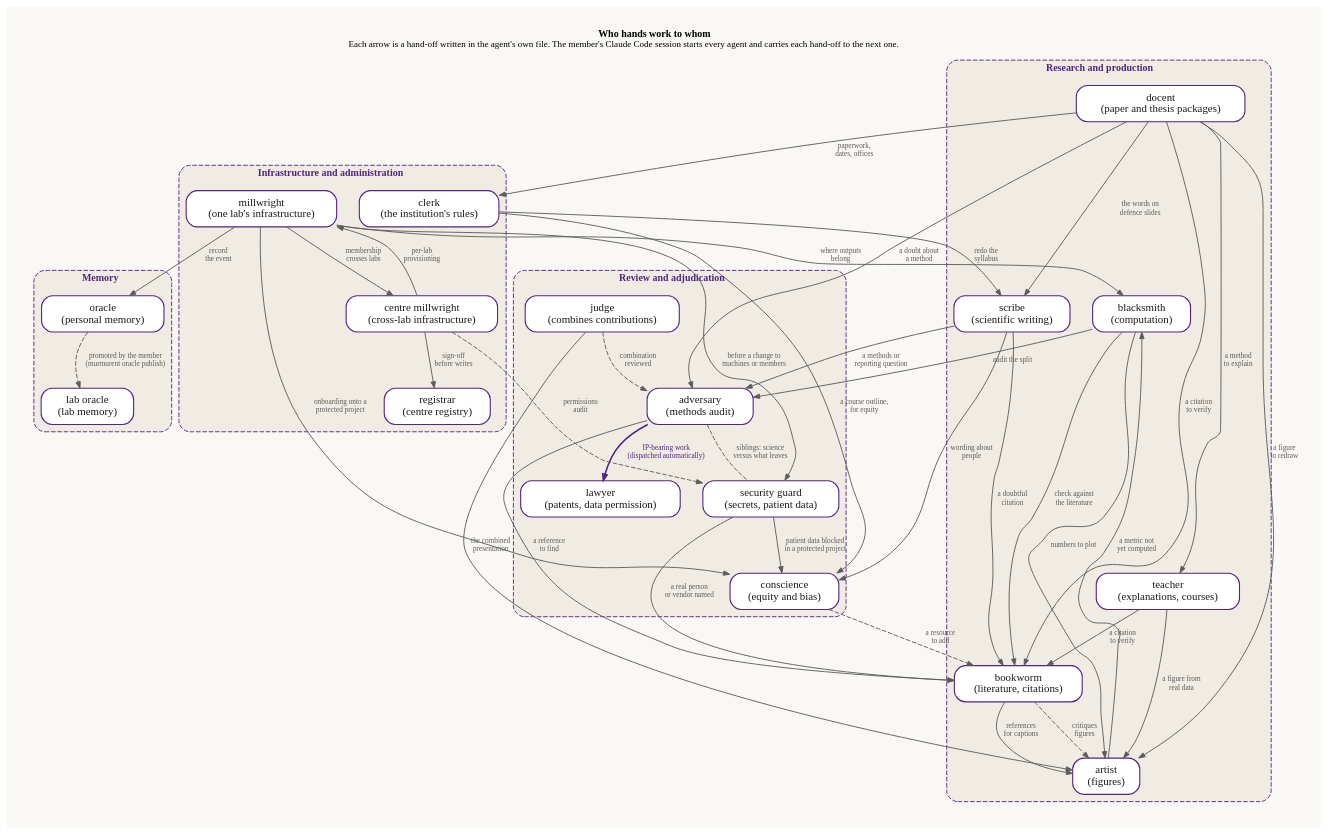
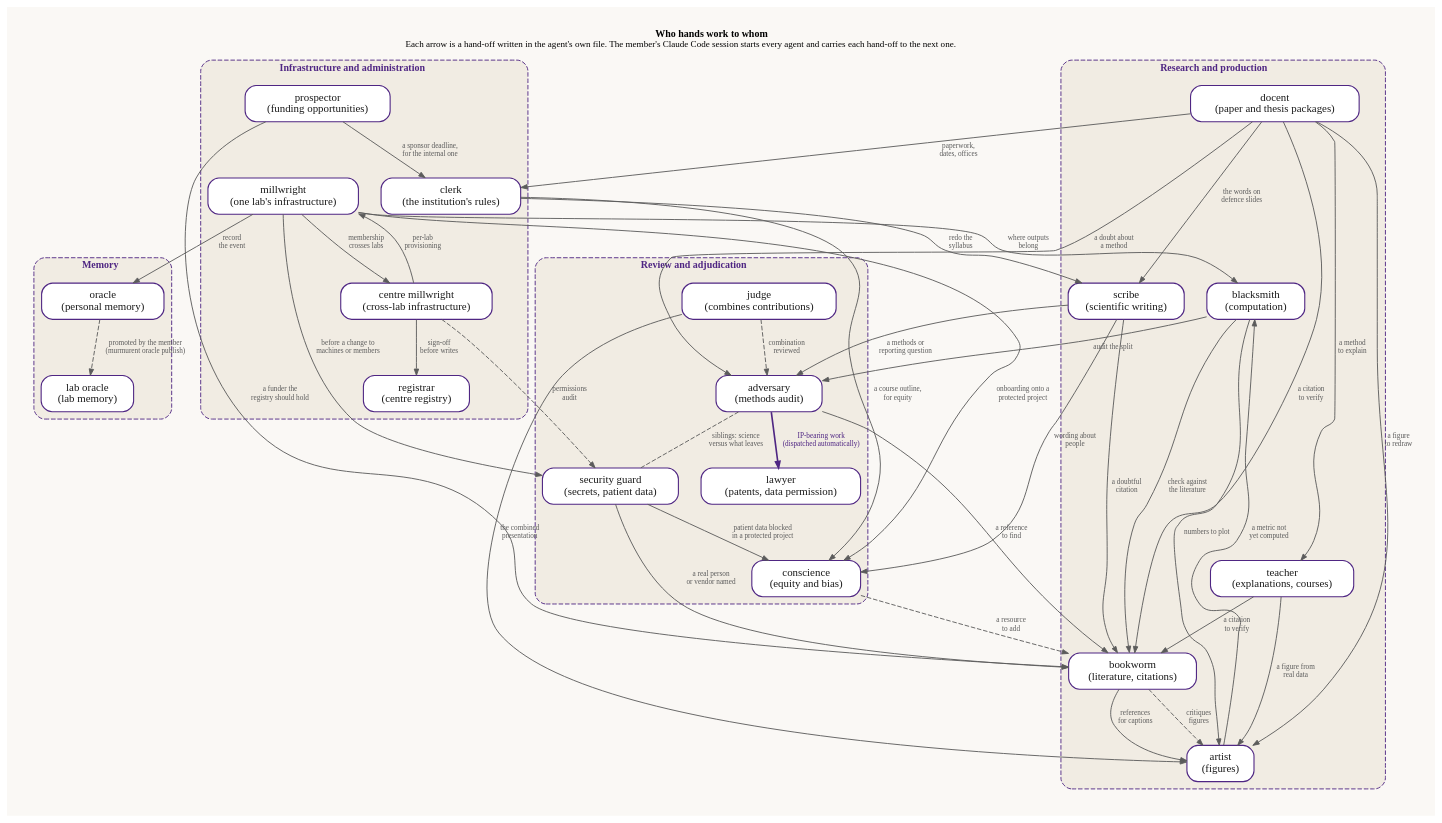
Before and after one commit to hallettmiket/murmurent_dev: the diagram in docs/diagrams/agent_handoffs.dot, drawn with Graphviz. The commit also changed 12 other files, not shown here.

```diff
--- a/docs/diagrams/agent_handoffs.dot
+++ b/docs/diagrams/agent_handoffs.dot
@@ -1,131 +1,134 @@
 // Purpose: Which reference agent hands work to which, as each agent's own
 //          file states it. Rendered by scripts/render_diagrams.sh.
 // Author:  Mike Hallett (with Claude Code)
 // Date:    2026-11-09
 //
 // Reading it: every agent is started by the member's Claude Code session,
 // which is not drawn. A solid arrow means the agent at the tail names the
 // agent at the head in its reply as the one to take the next step (a
 // hand-off line); the session then dispatches it. The one automatic case
 // is the adversary, which dispatches the lawyer itself. A dashed arrow is
 // a review or a check rather than a piece of work handed on.
 
 digraph agent_handoffs {
   graph [
     rankdir=TB,
     fontname="EB Garamond",
     fontsize=11,
     bgcolor="#FAF8F5",
     pad=0.3,
     nodesep=0.35,
     ranksep=0.6,
     splines=true,
     compound=true,
     newrank=true,
     label=<<B>Who hands work to whom</B><BR/><FONT POINT-SIZE="10">Each arrow is a hand-off written in the agent's own file. The member's Claude Code session starts every agent and carries each hand-off to the next one.</FONT>>,
     labelloc=t,
   ];
   node [
     shape=box,
     style="rounded,filled",
     fontname="EB Garamond",
     fontsize=12,
     fontcolor="#1A1A1A",
     color="#4F2683",
     fillcolor="#FFFFFF",
     penwidth=1.2,
     margin="0.18,0.10",
   ];
   edge [
     color="#5B5B5B",
     fontname="Courier Prime",
     fontsize=8,
     fontcolor="#5B5B5B",
     arrowsize=0.7,
   ];
 
   subgraph cluster_memory {
     label=<<B>Memory</B>>;
     fontsize=11; fontcolor="#4F2683"; color="#4F2683";
     style="rounded,dashed"; bgcolor="#F1ECE3";
     oracle     [label="oracle\n(personal memory)"];
     lab_oracle [label="lab oracle\n(lab memory)"];
   }
 
   subgraph cluster_research {
     label=<<B>Research and production</B>>;
     fontsize=11; fontcolor="#4F2683"; color="#4F2683";
     style="rounded,dashed"; bgcolor="#F1ECE3";
     blacksmith [label="blacksmith\n(computation)"];
     bookworm   [label="bookworm\n(literature, citations)"];
     artist     [label="artist\n(figures)"];
     teacher    [label="teacher\n(explanations, courses)"];
     scribe     [label="scribe\n(scientific writing)"];
     docent     [label="docent\n(paper and thesis packages)"];
   }
 
   subgraph cluster_review {
     label=<<B>Review and adjudication</B>>;
     fontsize=11; fontcolor="#4F2683"; color="#4F2683";
     style="rounded,dashed"; bgcolor="#F1ECE3";
     adversary      [label="adversary\n(methods audit)"];
     conscience     [label="conscience\n(equity and bias)"];
     lawyer         [label="lawyer\n(patents, data permission)"];
     security_guard [label="security guard\n(secrets, patient data)"];
     judge          [label="judge\n(combines contributions)"];
   }
 
   subgraph cluster_admin {
     label=<<B>Infrastructure and administration</B>>;
     fontsize=11; fontcolor="#4F2683"; color="#4F2683";
     style="rounded,dashed"; bgcolor="#F1ECE3";
     millwright        [label="millwright\n(one lab's infrastructure)"];
     centre_millwright [label="centre millwright\n(cross-lab infrastructure)"];
     registrar         [label="registrar\n(centre registry)"];
     clerk             [label="clerk\n(the institution's rules)"];
+    prospector        [label="prospector\n(funding opportunities)"];
   }
 
   // Research and production
   blacksmith -> artist     [label="numbers to plot"];
   blacksmith -> adversary  [label="audit the split"];
   blacksmith -> bookworm   [label="check against\nthe literature"];
   artist     -> blacksmith [label="a metric not\nyet computed"];
   bookworm   -> artist     [label="references\nfor captions"];
   bookworm   -> artist     [label="critiques\nfigures", style=dashed];
   teacher    -> bookworm   [label="a citation\nto verify"];
   teacher    -> artist     [label="a figure from\nreal data"];
   scribe     -> bookworm   [label="a doubtful\ncitation"];
   scribe     -> adversary  [label="a methods or\nreporting question"];
   scribe     -> conscience [label="wording about\npeople"];
   docent     -> adversary  [label="a doubt about\na method"];
   docent     -> bookworm   [label="a citation\nto verify"];
   docent     -> artist     [label="a figure\nto redraw"];
   docent     -> teacher    [label="a method\nto explain"];
   docent     -> scribe     [label="the words on\ndefence slides"];
   docent     -> clerk      [label="paperwork,\ndates, offices"];
+  prospector -> clerk      [label="a sponsor deadline,\nfor the internal one"];
+  prospector -> bookworm   [label="a funder the\nregistry should hold"];
 
   // Review and adjudication
   adversary      -> lawyer         [label="IP-bearing work\n(dispatched automatically)", penwidth=1.8, color="#4F2683", fontcolor="#4F2683"];
   adversary      -> bookworm       [label="a reference\nto find"];
   adversary      -> security_guard [label="siblings: science\nversus what leaves", style=dashed, dir=none];
   security_guard -> conscience     [label="patient data blocked\nin a protected project"];
   security_guard -> bookworm       [label="a real person\nor vendor named"];
   judge          -> artist         [label="the combined\npresentation"];
   judge          -> adversary      [label="combination\nreviewed", style=dashed];
   conscience     -> bookworm       [label="a resource\nto add", style=dashed];
 
   // Memory
   oracle -> lab_oracle [label="promoted by the member\n(murmurent oracle publish)", style=dashed];
 
   // Infrastructure and administration
   millwright        -> oracle            [label="record\nthe event"];
   millwright        -> security_guard    [label="before a change to\nmachines or members"];
   millwright        -> centre_millwright [label="membership\ncrosses labs"];
   millwright        -> blacksmith        [label="where outputs\nbelong"];
   millwright        -> conscience        [label="onboarding onto a\nprotected project"];
   centre_millwright -> registrar         [label="sign-off\nbefore writes"];
   centre_millwright -> millwright        [label="per-lab\nprovisioning"];
   centre_millwright -> security_guard    [label="permissions\naudit", style=dashed];
   clerk             -> conscience        [label="a course outline,\nfor equity"];
   clerk             -> scribe            [label="redo the\nsyllabus"];
 }
```
